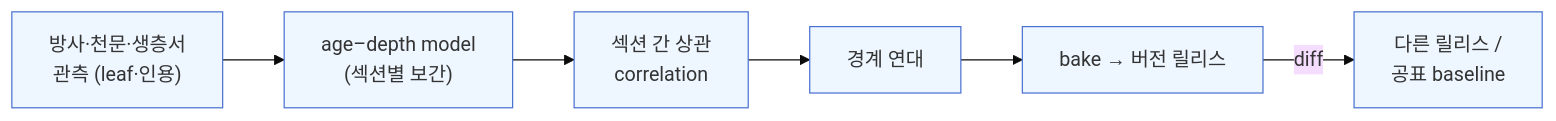
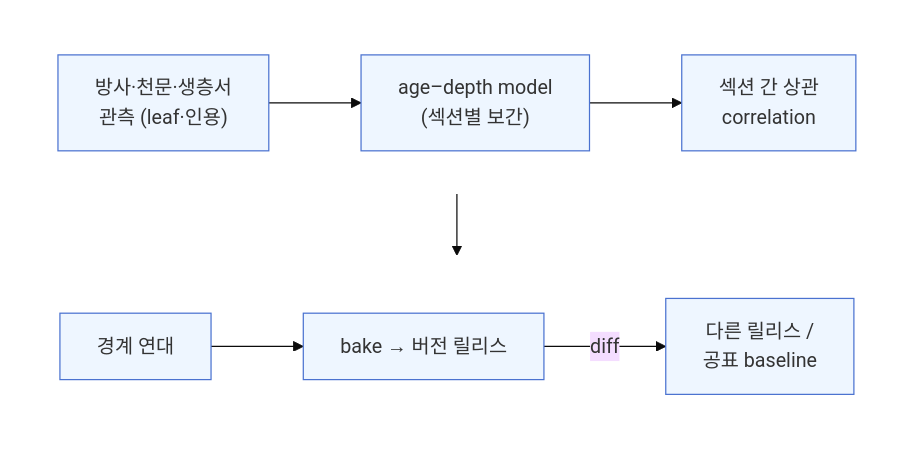
One commit to jikhanjung/cdGTS changed the diagram in docs/introduction.md. Above: the diagram before and after it, drawn with Mermaid (base theme). The commit also changed other lines of this file and 2 other files, not shown here.

Commit message:
docs: 소개글 다이어그램 2행 레이아웃(가독성) + 제목에서 ", not a chart" 제거
- mermaid 파이프라인을 flowchart TB + LR 서브그래프 2행으로 — 페이지
  폭에 맞춰 축소돼도 글씨가 커지도록 (docx 이미지 폰트 20px 렌더)
- 제목: "... as an engine, not a chart" → "... as an engine"
  (KR "표가 아니라 엔진으로서의" → "엔진으로서의")
- EN .docx 재생성: 2행 렌더 이미지 임베드 + docs 링크 GitHub URL 유지

Claude-Session: https://claude.ai/code/session_01GsYbs5T2xwog37QneE5XwW

````diff
--- a/docs/introduction.md
+++ b/docs/introduction.md
@@ -35,10 +35,16 @@
 ```mermaid
-flowchart LR
-  O["방사·천문·생층서<br/>관측 (leaf·인용)"] --> A["age–depth model<br/>(섹션별 보간)"]
-  A --> C["섹션 간 상관<br/>correlation"]
-  C --> B["경계 연대"]
-  B --> R["bake → 버전 릴리스"]
-  R -->|diff| R2["다른 릴리스 /<br/>공표 baseline"]
+flowchart TB
+  subgraph r1[" "]
+    direction LR
+    O["방사·천문·생층서<br/>관측 (leaf·인용)"] --> A["age–depth model<br/>(섹션별 보간)"] --> C["섹션 간 상관<br/>correlation"]
+  end
+  subgraph r2[" "]
+    direction LR
+    B["경계 연대"] --> R["bake → 버전 릴리스"] -->|diff| R2["다른 릴리스 /<br/>공표 baseline"]
+  end
+  C --> B
   classDef n fill:#eef6ff,stroke:#4a72d0;
   class O,A,C,B,R,R2 n;
+  style r1 fill:none,stroke:none
+  style r2 fill:none,stroke:none
 ```
````
